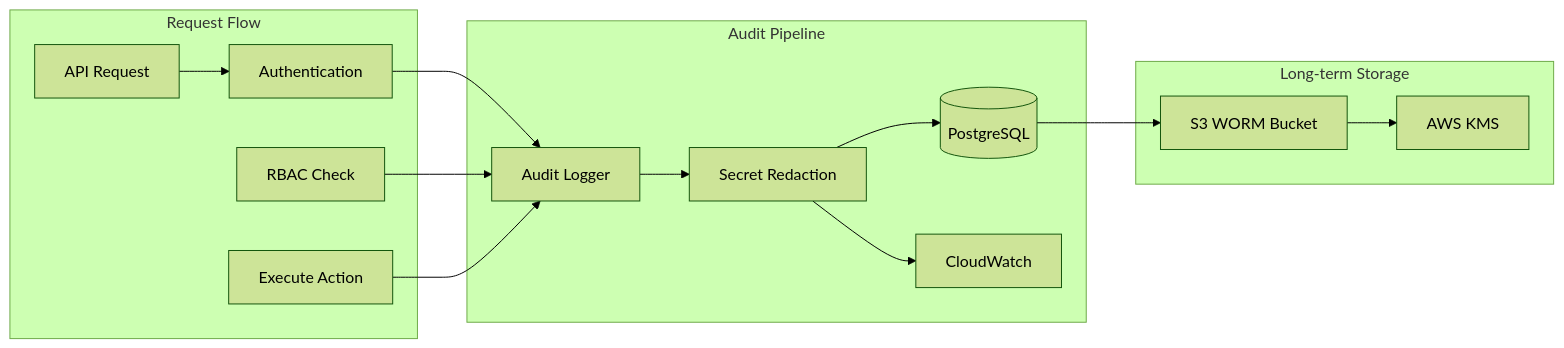
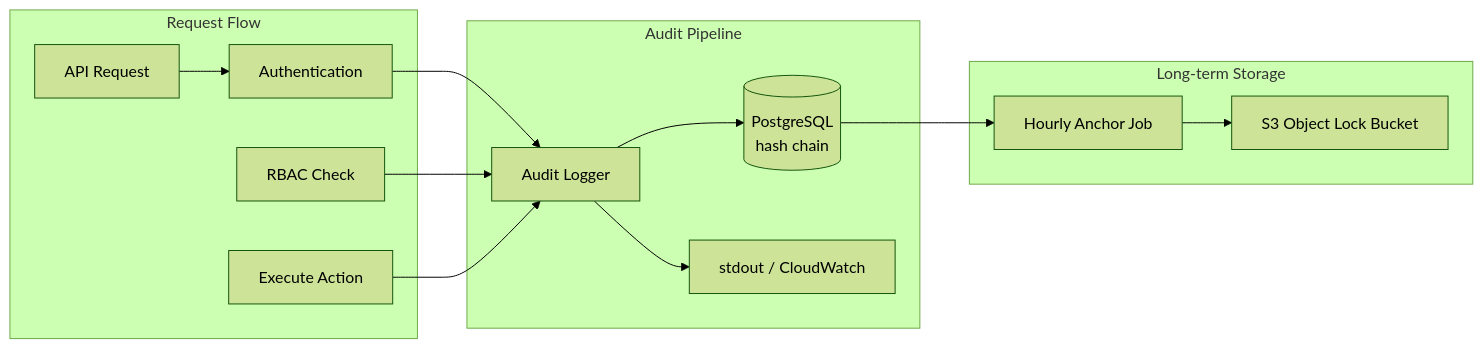
Before and after one commit to DocSpring/rack-gateway: the first of 2 diagrams in docs/src/content/docs/security/compliance/audit-trail.mdx, drawn with Mermaid (forest theme). The commit also changed other lines of this file and 108 other files, not shown here.

````diff
--- a/docs/src/content/docs/security/compliance/audit-trail.mdx
+++ b/docs/src/content/docs/security/compliance/audit-trail.mdx
@@ -12,31 +12,29 @@
 ```mermaid
 graph LR
     subgraph "Request Flow"
         Request[API Request]
         Auth[Authentication]
         RBAC[RBAC Check]
         Action[Execute Action]
     end
 
     subgraph "Audit Pipeline"
         Logger[Audit Logger]
-        Redact[Secret Redaction]
-        DB[(PostgreSQL)]
-        Stdout[CloudWatch]
+        DB[(PostgreSQL<br/>hash chain)]
+        Stdout[stdout / CloudWatch]
     end
 
     subgraph "Long-term Storage"
-        S3[S3 WORM Bucket]
-        KMS[AWS KMS]
+        Anchor[Hourly Anchor Job]
+        S3[S3 Object Lock Bucket]
     end
 
     Request --> Auth
     Auth --> Logger
     RBAC --> Logger
     Action --> Logger
-    Logger --> Redact
-    Redact --> DB
-    Redact --> Stdout
-    DB --> S3
-    S3 --> KMS
+    Logger --> DB
+    Logger --> Stdout
+    DB --> Anchor
+    Anchor --> S3
 ```
````
